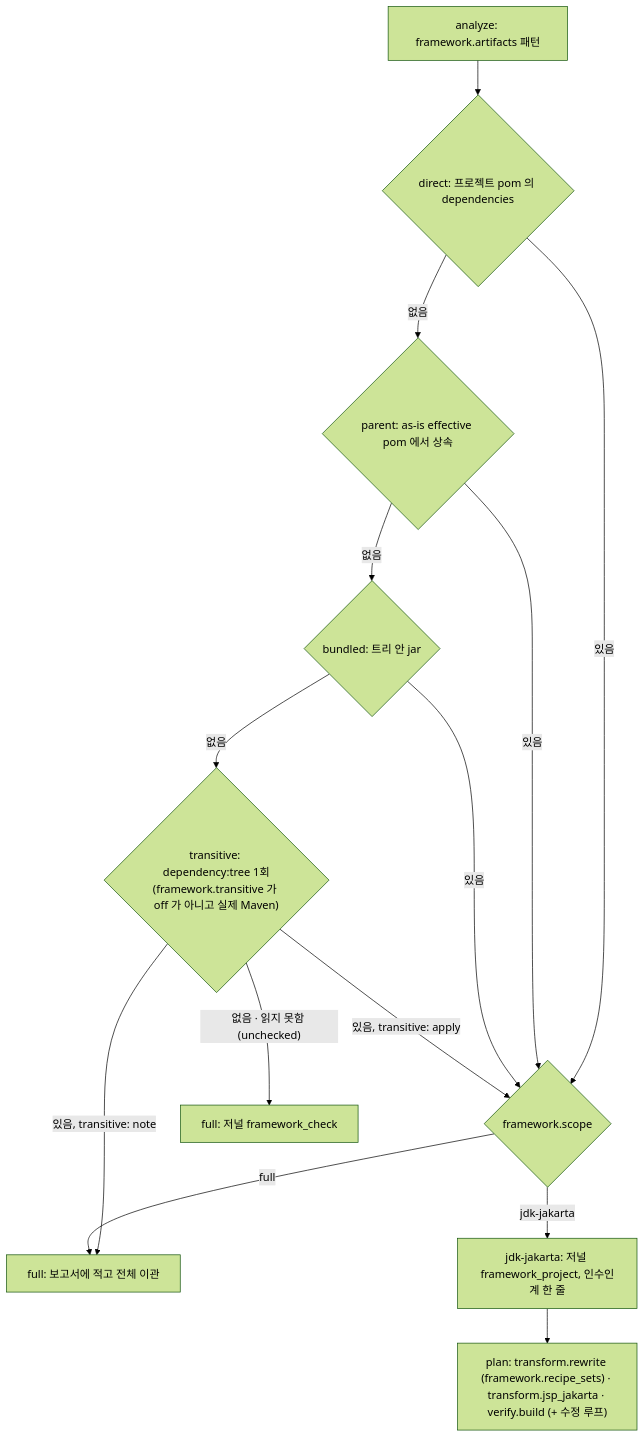
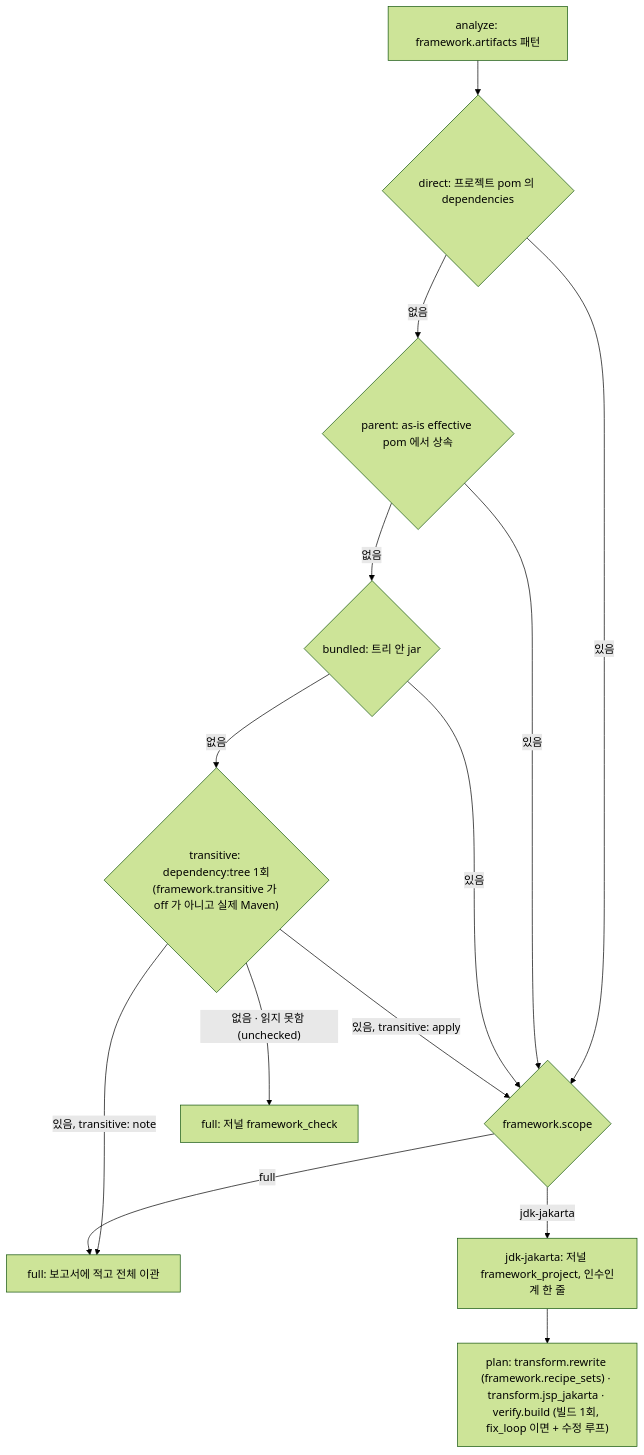
One commit to acandiatale/tutu changed the third of 8 diagrams in docs/migration-agent/README.md. Above: the diagram before and after it, drawn with Mermaid (forest theme). The commit also changed other lines of this file and 23 other files, not shown here.

````diff
--- a/docs/migration-agent/README.md
+++ b/docs/migration-agent/README.md
@@ -211,16 +211,16 @@
 ```mermaid
 flowchart TD
   A["analyze: framework.artifacts 패턴"] --> D{"direct: 프로젝트 pom 의 dependencies"}
   D -->|"없음"| P{"parent: as-is effective pom 에서 상속"}
   P -->|"없음"| B{"bundled: 트리 안 jar"}
   B -->|"없음"| TR{"transitive: dependency:tree 1회<br/>(framework.transitive 가 off 가 아니고 실제 Maven)"}
   D -->|"있음"| S{"framework.scope"}
   P -->|"있음"| S
   B -->|"있음"| S
   TR -->|"있음, transitive: apply"| S
   TR -->|"있음, transitive: note"| FULL["full: 보고서에 적고 전체 이관"]
   TR -->|"없음 · 읽지 못함 (unchecked)"| FULL2["full: 저널 framework_check"]
   S -->|"jdk-jakarta"| R["jdk-jakarta: 저널 framework_project, 인수인계 한 줄"]
   S -->|"full"| FULL
-  R --> PL["plan: transform.rewrite (framework.recipe_sets) · transform.jsp_jakarta · verify.build (+ 수정 루프)"]
+  R --> PL["plan: transform.rewrite (framework.recipe_sets) · transform.jsp_jakarta · verify.build (빌드 1회, fix_loop 이면 + 수정 루프)"]
 ```
````
